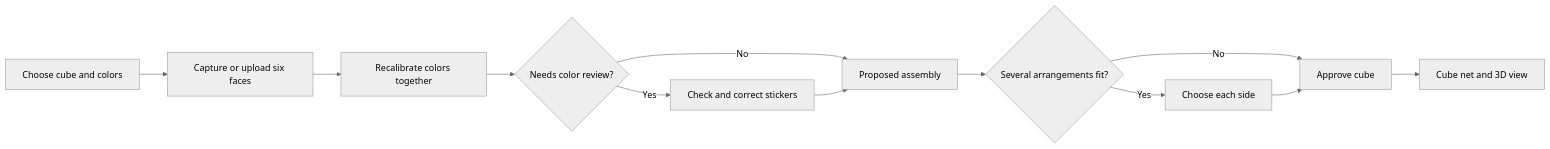
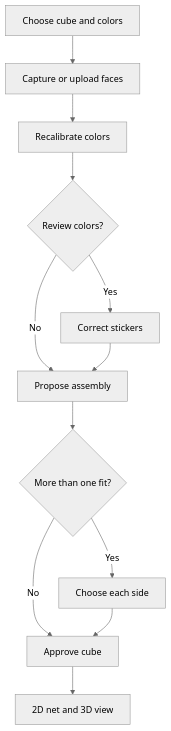
The diagram in docs/user-guide.md (wstein/cube-assembler), drawn with Mermaid (neutral theme) before and after one commit. The commit also changed 1 other file, not shown here.

Commit message:
docs: make capture diagrams readable at page width

````diff
--- a/docs/user-guide.md
+++ b/docs/user-guide.md
@@ -9,14 +9,14 @@
 ```mermaid
-flowchart LR
-    Setup[Choose cube and colors] --> Faces[Capture or upload six faces]
-    Faces --> Calibrate[Recalibrate colors together]
-    Calibrate --> Review{Needs color review?}
-    Review -- Yes --> Edit[Check and correct stickers]
-    Review -- No --> Arrange[Proposed assembly]
+flowchart TD
+    Setup[Choose cube and colors] --> Faces[Capture or upload faces]
+    Faces --> Calibrate[Recalibrate colors]
+    Calibrate --> Review{Review colors?}
+    Review -- Yes --> Edit[Correct stickers]
+    Review -- No --> Arrange[Propose assembly]
     Edit --> Arrange
-    Arrange --> Ambiguous{Several arrangements fit?}
+    Arrange --> Ambiguous{More than one fit?}
     Ambiguous -- Yes --> Choose[Choose each side]
     Ambiguous -- No --> Confirm[Approve cube]
     Choose --> Confirm
-    Confirm --> Net[Cube net and 3D view]
+    Confirm --> Net[2D net and 3D view]
 ```
````
